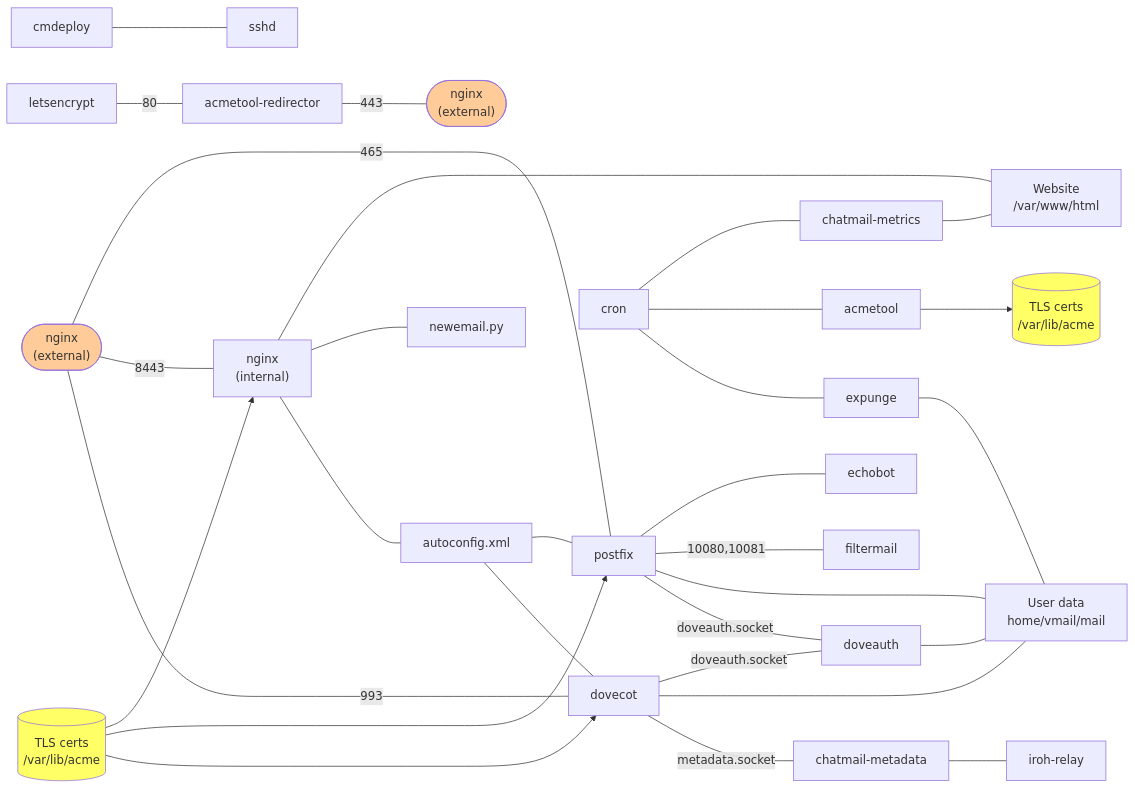
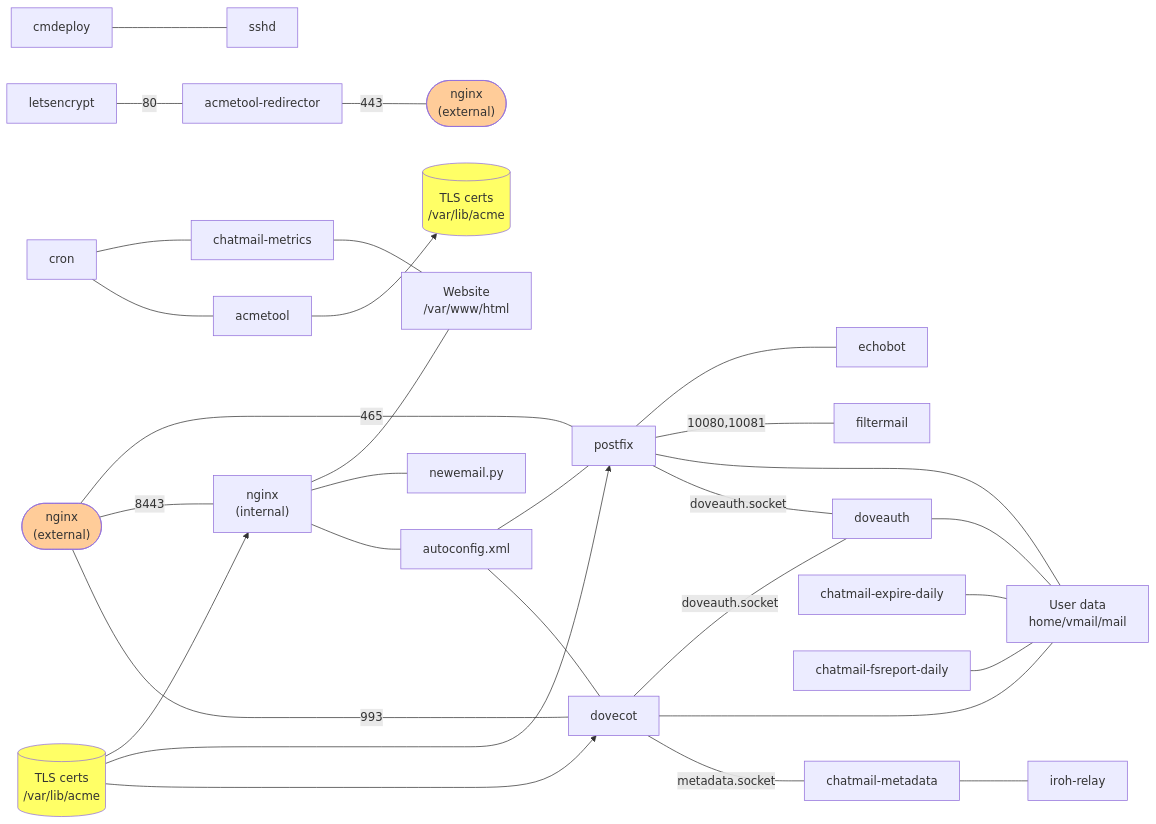
The diagram in ARCHITECTURE.md (chatmail/relay), drawn with Mermaid before and after one commit.

Commit message:
replace expunge mentioning in architecture

````diff
--- a/ARCHITECTURE.md
+++ b/ARCHITECTURE.md
@@ -4,43 +4,43 @@
 ```mermaid
 graph LR;
     cmdeploy --- sshd;
     letsencrypt --- |80|acmetool-redirector;
     acmetool-redirector --- |443|nginx-right(["`nginx
     (external)`"]);
     nginx-external --- |465|postfix;
     nginx-external(["`nginx
     (external)`"]) --- |8443|nginx-internal["`nginx
     (internal)`"];
     nginx-internal --- website["`Website
     /var/www/html`"];
     nginx-internal --- newemail.py;
     nginx-internal --- autoconfig.xml;
     certs-nginx[("`TLS certs
     /var/lib/acme`")] --> nginx-internal;
     cron --- chatmail-metrics;
     cron --- acmetool;
-    cron --- expunge;
     chatmail-metrics --- website;
     acmetool --> certs[("`TLS certs
     /var/lib/acme`")];
     nginx-external --- |993|dovecot;
     autoconfig.xml --- postfix;
     autoconfig.xml --- dovecot;
     postfix --- echobot;
     postfix --- |10080,10081|filtermail;
     postfix --- users["`User data
     home/vmail/mail`"];
     postfix --- |doveauth.socket|doveauth;
     dovecot --- |doveauth.socket|doveauth;
     dovecot --- users;
     dovecot --- |metadata.socket|chatmail-metadata;
     doveauth --- users;
-    expunge --- users;
+    chatmail-expire-daily --- users;
+    chatmail-fsreport-daily --- users;
     chatmail-metadata --- iroh-relay;
     certs-nginx --> postfix;
     certs-nginx --> dovecot;
     style certs fill:#ff6;
     style certs-nginx fill:#ff6;
     style nginx-external fill:#fc9;
     style nginx-right fill:#fc9;
 ```
````
